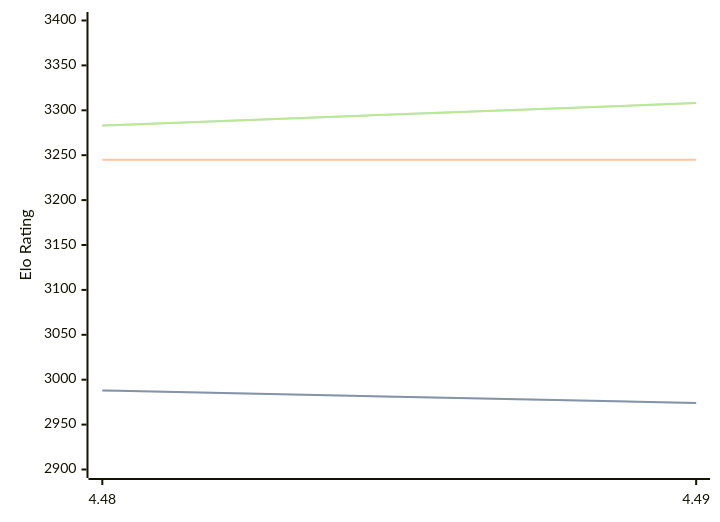
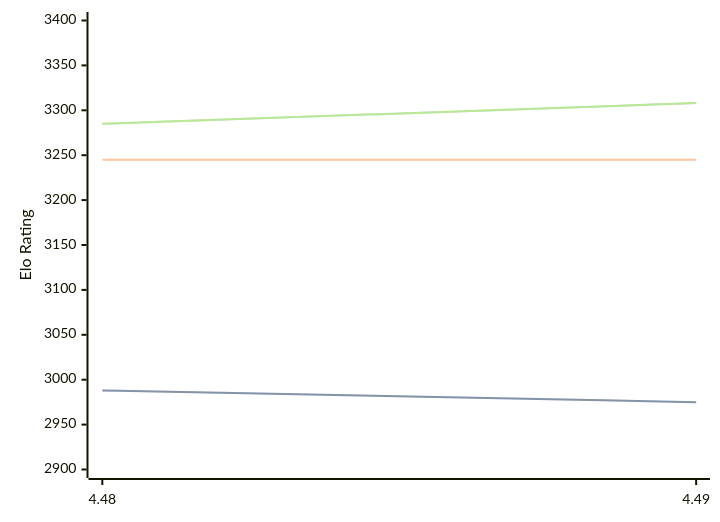
Before and after one commit to computer-chess-index/cci: the diagram in engines/Cheng4.md, drawn with Mermaid. The commit also changed other lines of this file, not shown here.

Commit message:
Update CCI Ratings (ELO VLTC) - 2026-10-07

````diff
--- a/engines/Cheng4.md
+++ b/engines/Cheng4.md
@@ -32,11 +32,11 @@
 ```mermaid
 %%{init: {"theme":"base","themeVariables":{"seriesColors:['#a3a3a3','#222221','#faa371']}}}%%
 xychart-beta
   x-axis ["4.48", "4.49"]
   y-axis "Elo Rating" 2900 --> 3400
-  line "" [2988, 2974]
-  line "STC (8.0+0.08s)" [2988, 2974]
+  line "" [2988, 2975]
+  line "STC (8.0+0.08s)" [2988, 2975]
   line "LTC (60.0+0.60s)" [3245, 3245]
-  line "" [3283, 3308]
-  line "VLTC (2m24s+1.12s)" [3283, 3308]
+  line "" [3285, 3308]
+  line "VLTC (2m24s+1.12s)" [3285, 3308]
 ```
````
